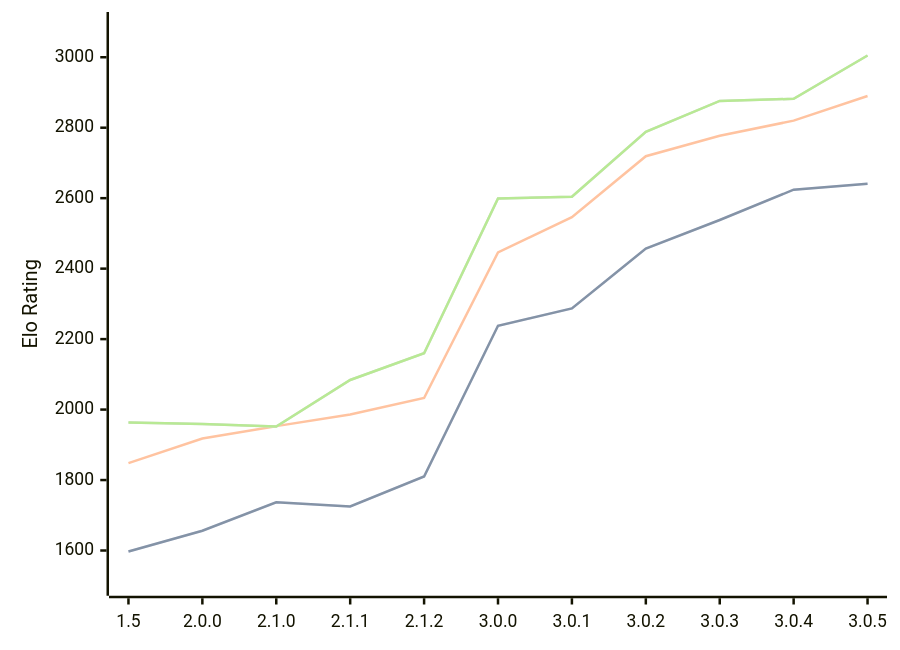
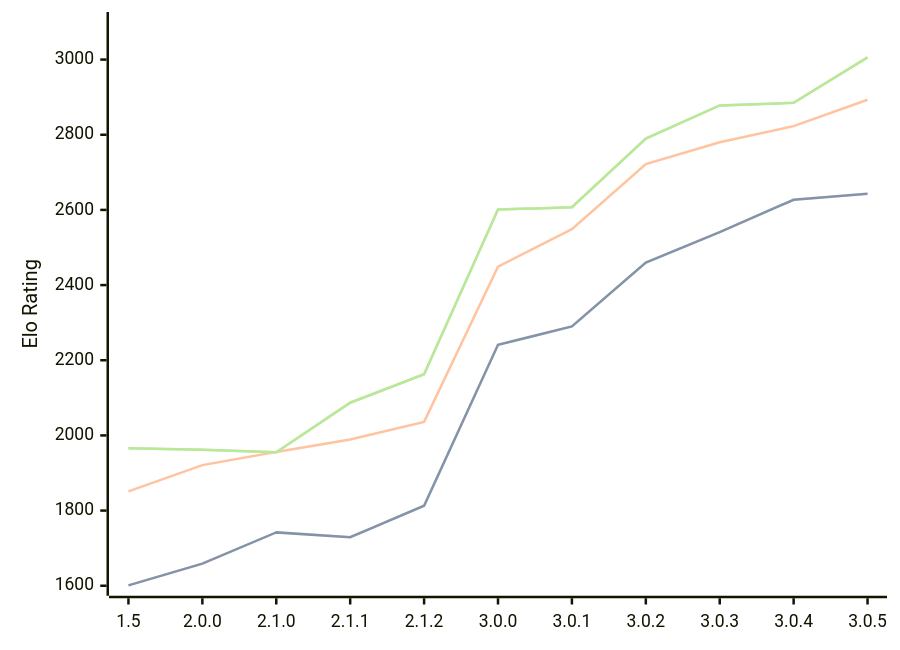
One commit to computer-chess-index/cci changed the diagram in engines/Rudim.md. Above: the diagram before and after it, drawn with Mermaid. The commit also changed other lines of this file, not shown here.

Commit message:
Update CCI Ratings (ELO VLTC) - 2026-09-24

````diff
--- a/engines/Rudim.md
+++ b/engines/Rudim.md
@@ -45,11 +45,11 @@
 ```mermaid
 %%{init: {"theme":"base","themeVariables":{"seriesColors:['#a3a3a3','#222221','#faa371']}}}%%
 xychart-beta
   x-axis ["1.5", "2.0.0", "2.1.0", "2.1.1", "2.1.2", "3.0.0", "3.0.1", "3.0.2", "3.0.3", "3.0.4", "3.0.5"]
-  y-axis "Elo Rating" 1500 --> 3100
-  line "" [1597, 1656, 1737, 1725, 1810, 2238, 2287, 2457, 2538, 2624, 2641]
-  line "STC (8.0+0.08s)" [1597, 1656, 1737, 1725, 1810, 2238, 2287, 2457, 2538, 2624, 2641]
-  line "LTC (60.0+0.60s)" [1848, 1918, 1953, 1986, 2033, 2446, 2546, 2719, 2777, 2820, 2890]
-  line "" [1963, 1959, 1952, 2084, 2160, 2599, 2604, 2788, 2876, 2882, 3005]
-  line "VLTC (2m24s+1.12s)" [1963, 1959, 1952, 2084, 2160, 2599, 2604, 2788, 2876, 2882, 3005]
+  y-axis "Elo Rating" 1600 --> 3100
+  line "" [1601, 1659, 1742, 1729, 1813, 2241, 2290, 2460, 2541, 2627, 2643]
+  line "STC (8.0+0.08s)" [1601, 1659, 1742, 1729, 1813, 2241, 2290, 2460, 2541, 2627, 2643]
+  line "LTC (60.0+0.60s)" [1851, 1921, 1956, 1989, 2036, 2449, 2549, 2722, 2780, 2823, 2893]
+  line "" [1966, 1962, 1955, 2087, 2163, 2601, 2607, 2790, 2878, 2885, 3006]
+  line "VLTC (2m24s+1.12s)" [1966, 1962, 1955, 2087, 2163, 2601, 2607, 2790, 2878, 2885, 3006]
 ```
````
